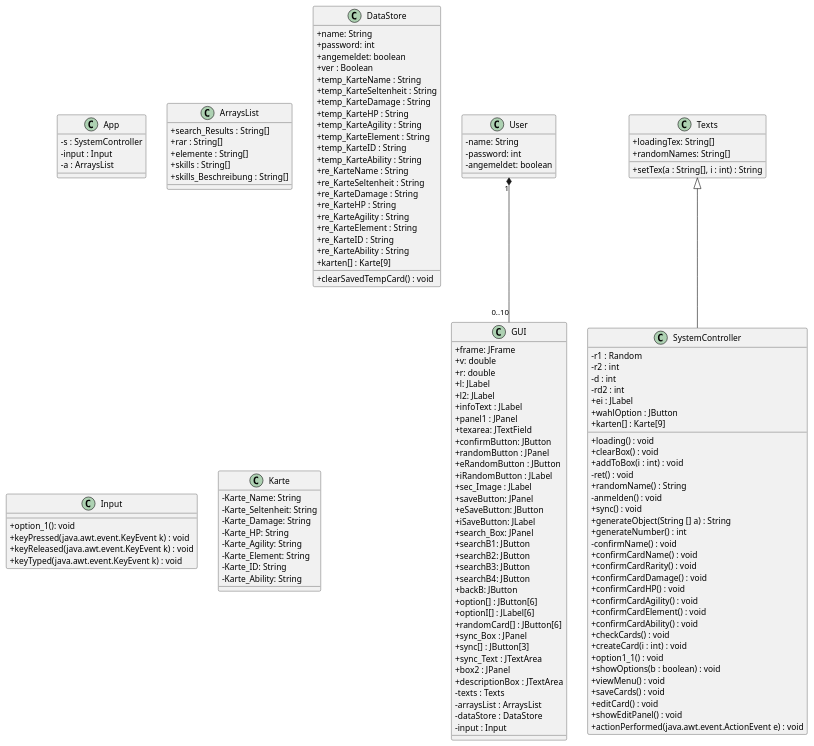
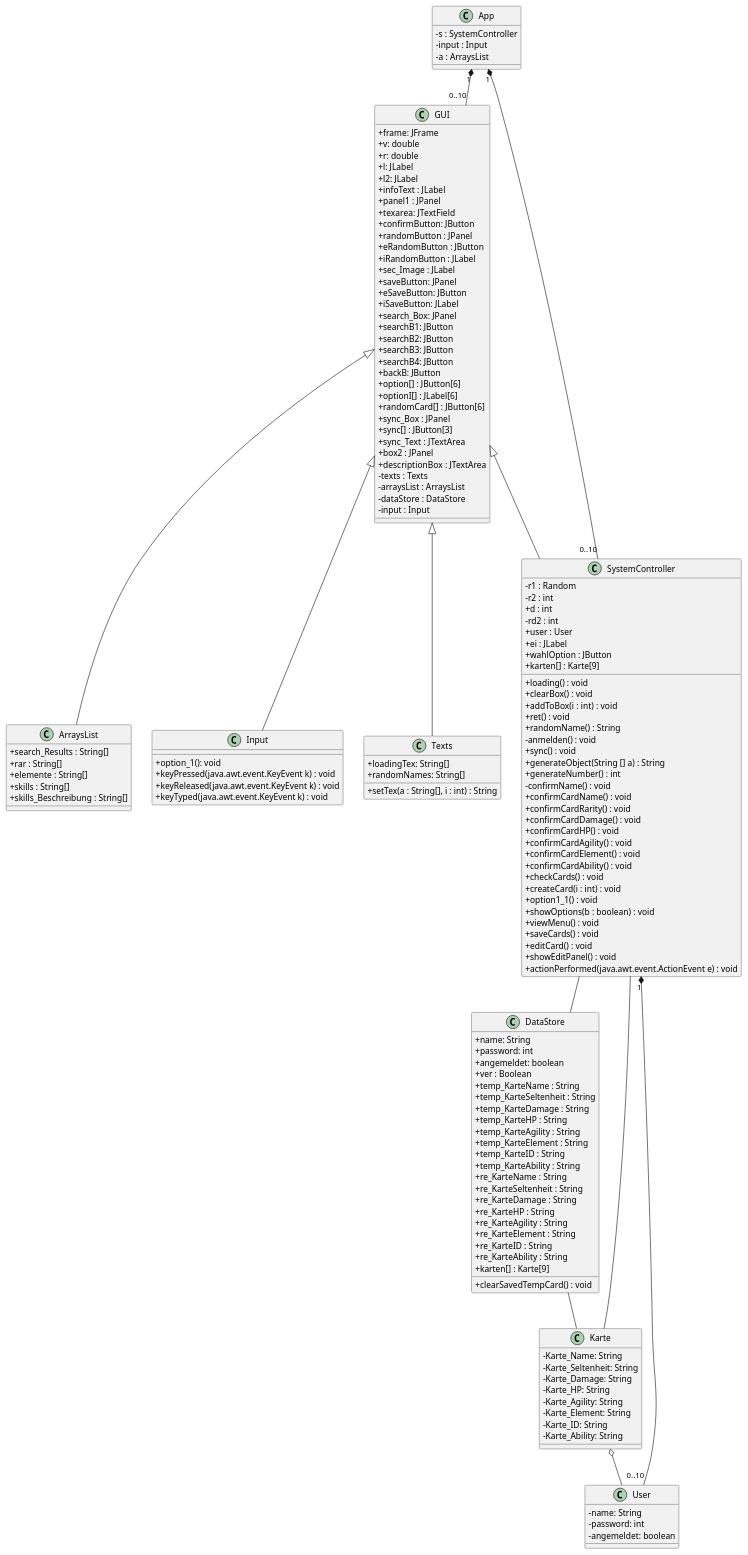
Before and after one commit to teach404W/Verwaltungssoftware_Team_2: the diagram in Docs/Pflichtenheft/Diagramme/Klassendiagramm.iuml, drawn with PlantUML. The commit also changed 2 other files, not shown here.

```diff
--- a/Docs/Pflichtenheft/Diagramme/Klassendiagramm.iuml
+++ b/Docs/Pflichtenheft/Diagramme/Klassendiagramm.iuml
@@ -1,160 +1,169 @@
 @startuml
 skinparam classAttributeIconSize 0
 
 class App{
  -s : SystemController
  -input : Input
  -a : ArraysList
 }
 
 
 
 class ArraysList{
 +search_Results : String[]
 +rar : String[]
 +elemente : String[]
 +skills : String[]
 +skills_Beschreibung : String[]
 
  }
  
  class DataStore{
  +name: String
  +password: int
  +angemeldet: boolean
  +ver : Boolean
  +temp_KarteName : String
  +temp_KarteSeltenheit : String
  +temp_KarteDamage : String
  +temp_KarteHP : String
  +temp_KarteAgility : String
  +temp_KarteElement : String
  +temp_KarteID : String
  +temp_KarteAbility : String    
  +re_KarteName : String
  +re_KarteSeltenheit : String
  +re_KarteDamage : String
  +re_KarteHP : String
  +re_KarteAgility : String
  +re_KarteElement : String
  +re_KarteID : String
  +re_KarteAbility : String
  +karten[] : Karte[9]
  +clearSavedTempCard() : void
 }
 
 
 
 
 
 class GUI{
  +frame: JFrame
  +v: double
  +r: double
  +l: JLabel
  +l2: JLabel
  +infoText : JLabel
  +panel1 : JPanel
  +texarea: JTextField
  +confirmButton: JButton
  +randomButton : JPanel
  +eRandomButton : JButton
  +iRandomButton : JLabel
  +sec_Image : JLabel
  +saveButton: JPanel
  +eSaveButton: JButton
  +iSaveButton: JLabel
  +search_Box: JPanel
  +searchB1: JButton
  +searchB2: JButton
  +searchB3: JButton
  +searchB4: JButton
  +backB: JButton
  +option[] : JButton[6]
  +optionI[] : JLabel[6]
  +randomCard[] : JButton[6]
  +sync_Box : JPanel
  +sync[] : JButton[3]
  +sync_Text : JTextArea
  +box2 : JPanel
  +descriptionBox : JTextArea
  -texts : Texts
  -arraysList : ArraysList
  -dataStore : DataStore
  -input : Input
 
 }
 
 
 class Input{
  +option_1(): void
  +keyPressed(java.awt.event.KeyEvent k) : void
  +keyReleased(java.awt.event.KeyEvent k) : void
  +keyTyped(java.awt.event.KeyEvent k) : void
 }
 
 class Karte{
  -Karte_Name: String
  -Karte_Seltenheit: String
  -Karte_Damage: String
  -Karte_HP: String
  -Karte_Agility: String
  -Karte_Element: String
  -Karte_ID: String
  -Karte_Ability: String
 
 }
 
 class SystemController{
 -r1 : Random
 -r2 : int
--d : int
++d : int
 -rd2 : int
++user : User
 +ei : JLabel
 +wahlOption : JButton
  +karten[] : Karte[9]
  +loading() : void
  +clearBox() : void
  +addToBox(i : int) : void
- -ret() : void
+ +ret() : void
  +randomName() : String
  -anmelden() : void
  +sync() : void
  +generateObject(String [] a) : String
  +generateNumber() : int
  -confirmName() : void
  +confirmCardName() : void
  +confirmCardRarity() : void
  +confirmCardDamage() : void
  +confirmCardHP() : void
  +confirmCardAgility() : void
  +confirmCardElement() : void
  +confirmCardAbility() : void
  +checkCards() : void
  +createCard(i : int) : void
  +option1_1() : void
  +showOptions(b : boolean) : void
  +viewMenu() : void
  +saveCards() : void
  +editCard() : void
  +showEditPanel() : void
  +actionPerformed(java.awt.event.ActionEvent e) : void
 }
 
 
 class Texts{
 +loadingTex: String[]
 +randomNames: String[]
 +setTex(a : String[], i : int) : String
 }
 
 class User{
  -name: String
  -password: int
  -angemeldet: boolean
 }
 
-User "1" *-- "0..10" GUI
-Texts <|-- SystemController
-
+GUI <|-- SystemController
+SystemController -- DataStore
+SystemController "1" *-- "0..10" User
+GUI <|-- Input
+App "1" *-- "0..10" SystemController
+App "1" *-- "0..10" GUI
+GUI <|-- Texts
+GUI <|-- ArraysList
+DataStore -- Karte
+SystemController -- Karte
+Karte o-- User
 @enduml
```
